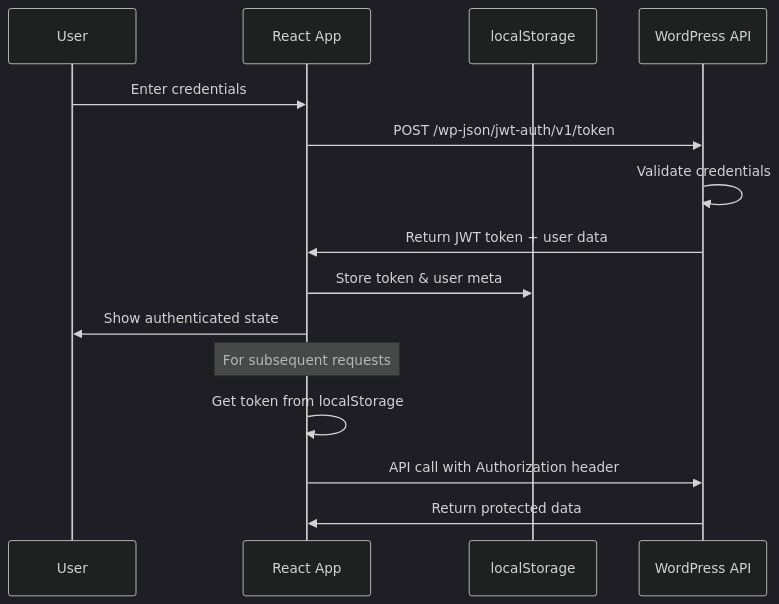
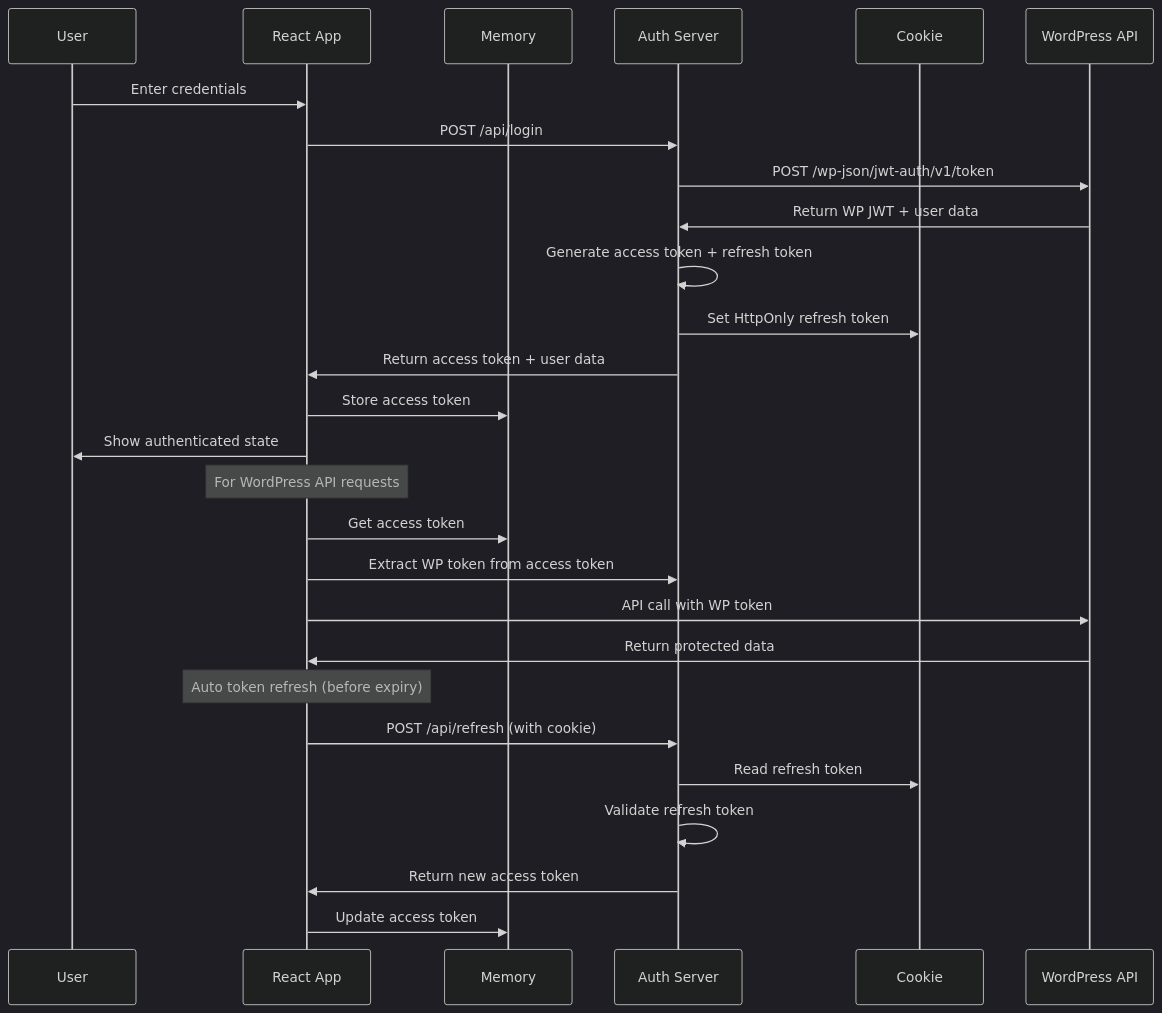
Before and after one commit to juanma-wp/wcg2025-demos: the second of 2 diagrams in react-wp-jwt-demo/README.md, drawn with Mermaid (dark theme). The commit also changed other lines of this file and 18 other files, not shown here.

First line of the commit message:
Refactor authentication flow and enhance README for React JWT Demo

````diff
--- a/react-wp-jwt-demo/README.md
+++ b/react-wp-jwt-demo/README.md
@@ -145,19 +206,32 @@
 ```mermaid
 sequenceDiagram
     participant User
     participant React App
-    participant localStorage
+    participant Memory
+    participant Auth Server
+    participant Cookie
     participant WordPress API
-    
+
     User->>React App: Enter credentials
-    React App->>WordPress API: POST /wp-json/jwt-auth/v1/token
-    WordPress API->>WordPress API: Validate credentials
-    WordPress API->>React App: Return JWT token + user data
-    React App->>localStorage: Store token & user meta
+    React App->>Auth Server: POST /api/login
+    Auth Server->>WordPress API: POST /wp-json/jwt-auth/v1/token
+    WordPress API->>Auth Server: Return WP JWT + user data
+    Auth Server->>Auth Server: Generate access token + refresh token
+    Auth Server->>Cookie: Set HttpOnly refresh token
+    Auth Server->>React App: Return access token + user data
+    React App->>Memory: Store access token
     React App->>User: Show authenticated state
-    
-    Note over React App: For subsequent requests
-    React App->>React App: Get token from localStorage
-    React App->>WordPress API: API call with Authorization header
+
+    Note over React App: For WordPress API requests
+    React App->>Memory: Get access token
+    React App->>Auth Server: Extract WP token from access token
+    React App->>WordPress API: API call with WP token
     WordPress API->>React App: Return protected data
+
+    Note over React App: Auto token refresh (before expiry)
+    React App->>Auth Server: POST /api/refresh (with cookie)
+    Auth Server->>Cookie: Read refresh token
+    Auth Server->>Auth Server: Validate refresh token
+    Auth Server->>React App: Return new access token
+    React App->>Memory: Update access token
 ```
````
